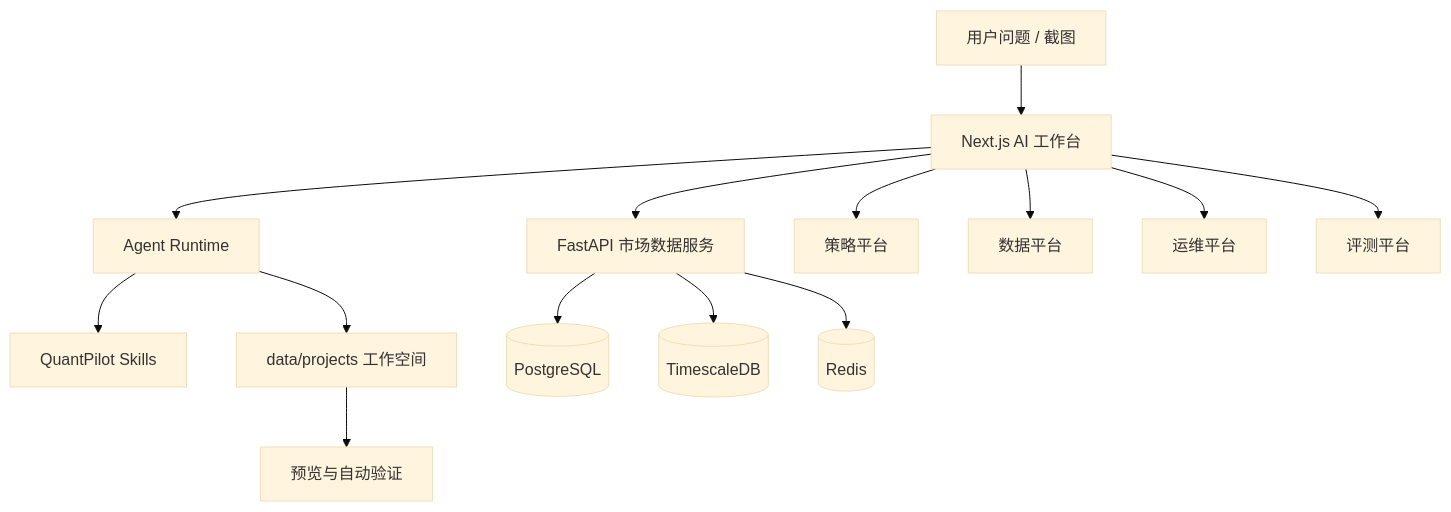
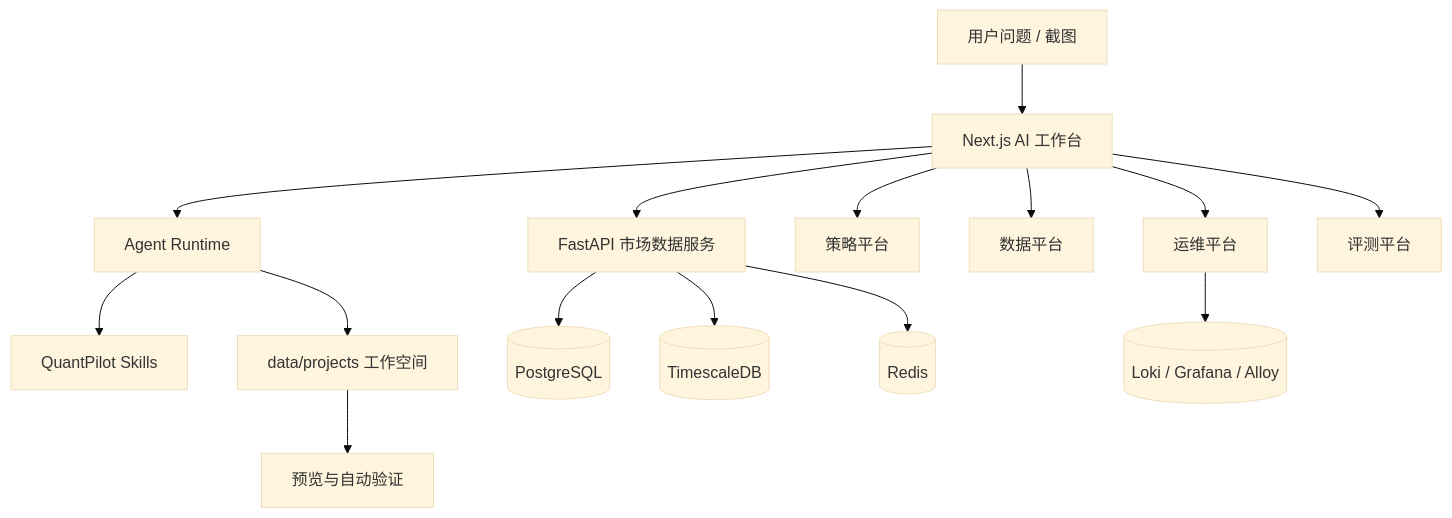
The diagram in docs/README.md (xbzz1018/SignalForge), drawn with Mermaid (base theme) before and after one commit. The commit also changed other lines of this file and 13 other files, not shown here.

````diff
--- a/docs/README.md
+++ b/docs/README.md
@@ -33,16 +33,17 @@
 ```mermaid
 flowchart TB
   U[用户问题 / 截图] --> W[Next.js AI 工作台]
   W --> R[Agent Runtime]
   R --> SK[QuantPilot Skills]
   W --> MD[FastAPI 市场数据服务]
   MD --> PG[(PostgreSQL)]
   MD --> TS[(TimescaleDB)]
   MD --> RD[(Redis)]
+  OP --> LK[(Loki / Grafana / Alloy)]
   R --> WS[data/projects 工作空间]
   WS --> V[预览与自动验证]
   W --> SP[策略平台]
   W --> DP[数据平台]
   W --> OP[运维平台]
   W --> EP[评测平台]
 ```
````
